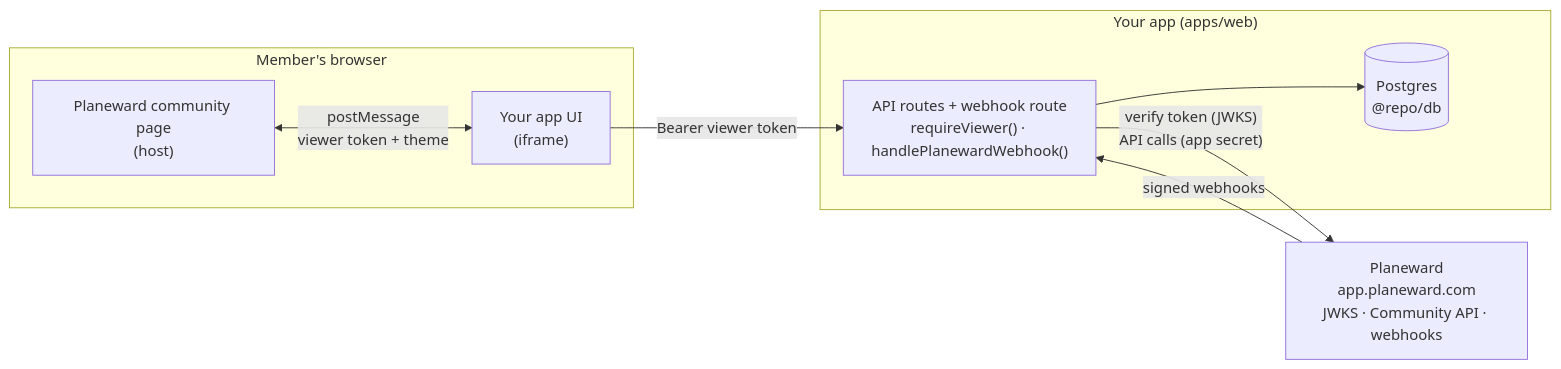
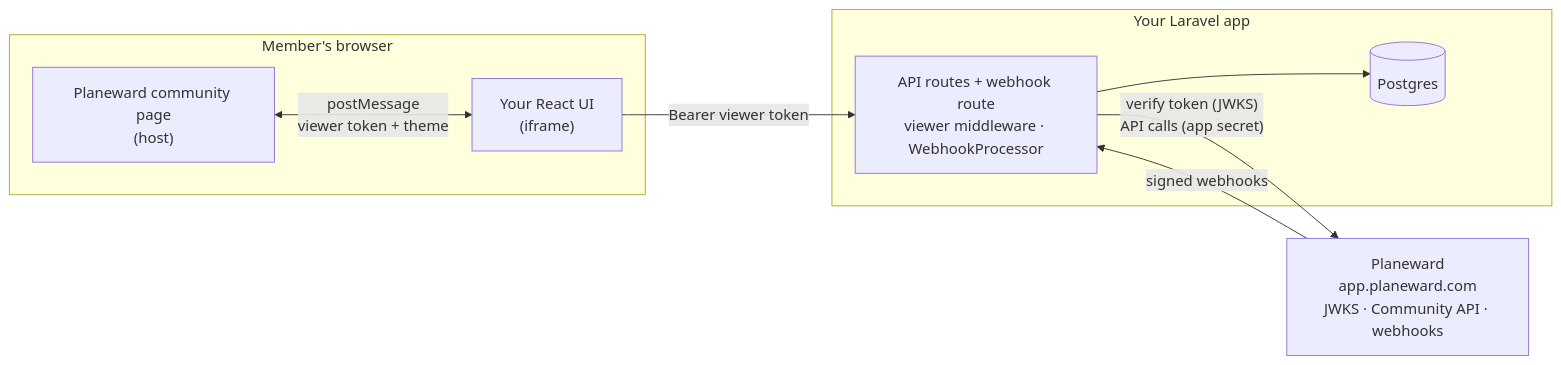
The first of 2 diagrams in README.md (Joe-Zupo/planeward-app-template), drawn with Mermaid before and after one commit. The commit also changed other lines of this file and 227 other files, not shown here.

````diff
--- a/README.md
+++ b/README.md
@@ -88,20 +97,20 @@
 ```mermaid
 flowchart LR
   subgraph browser["Member's browser"]
     host["Planeward community page<br/>(host)"]
-    frame["Your app UI<br/>(iframe)"]
+    frame["Your React UI<br/>(iframe)"]
   end
 
-  subgraph yours["Your app (apps/web)"]
-    server["API routes + webhook route<br/>requireViewer() · handlePlanewardWebhook()"]
-    db[("Postgres<br/>@repo/db")]
+  subgraph yours["Your Laravel app"]
+    server["API routes + webhook route<br/>viewer middleware · WebhookProcessor"]
+    db[("Postgres")]
   end
 
   pw["Planeward<br/>app.planeward.com<br/>JWKS · Community API · webhooks"]
 
   host <-->|"postMessage<br/>viewer token + theme"| frame
   frame -->|"Bearer viewer token"| server
   server --> db
   server -->|"verify token (JWKS)<br/>API calls (app secret)"| pw
   pw -->|"signed webhooks"| server
 ```
````
